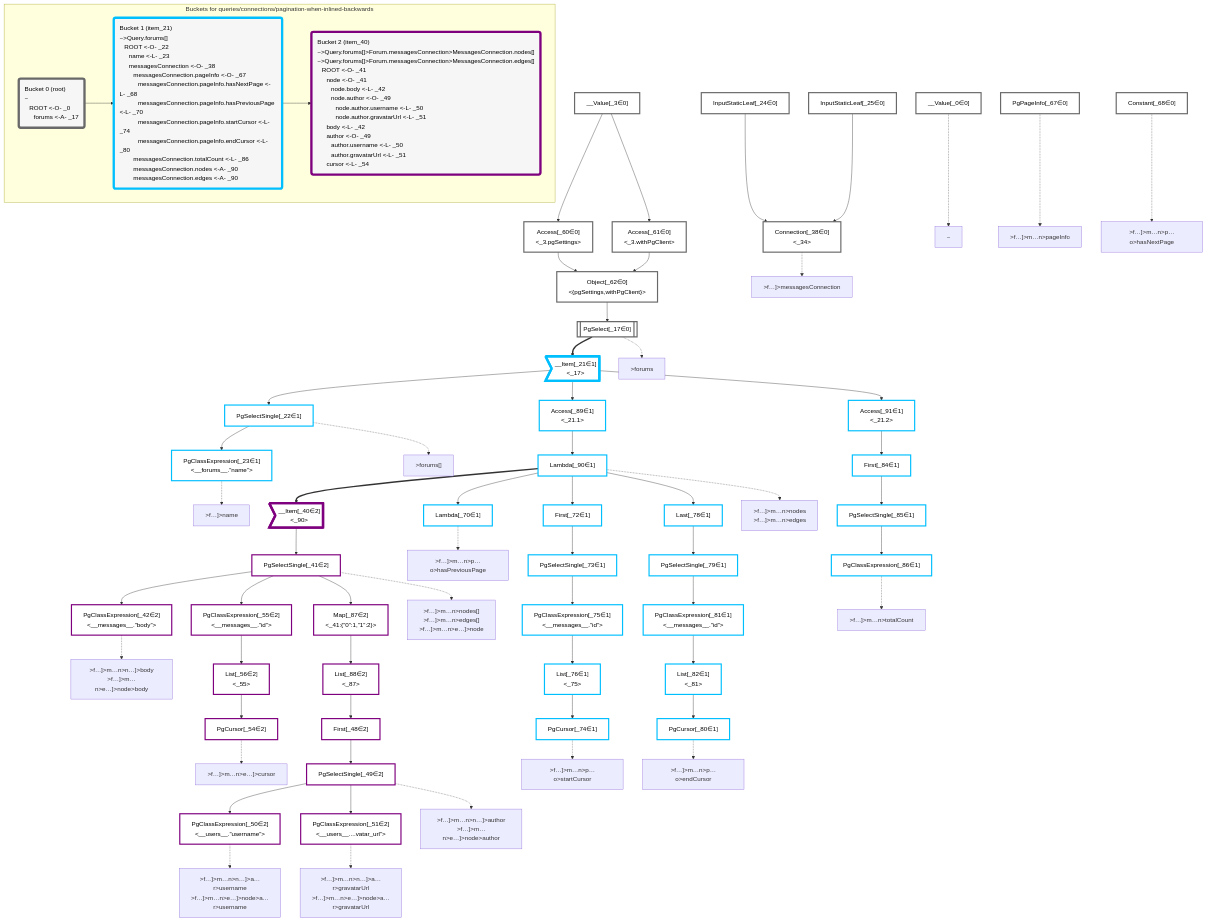
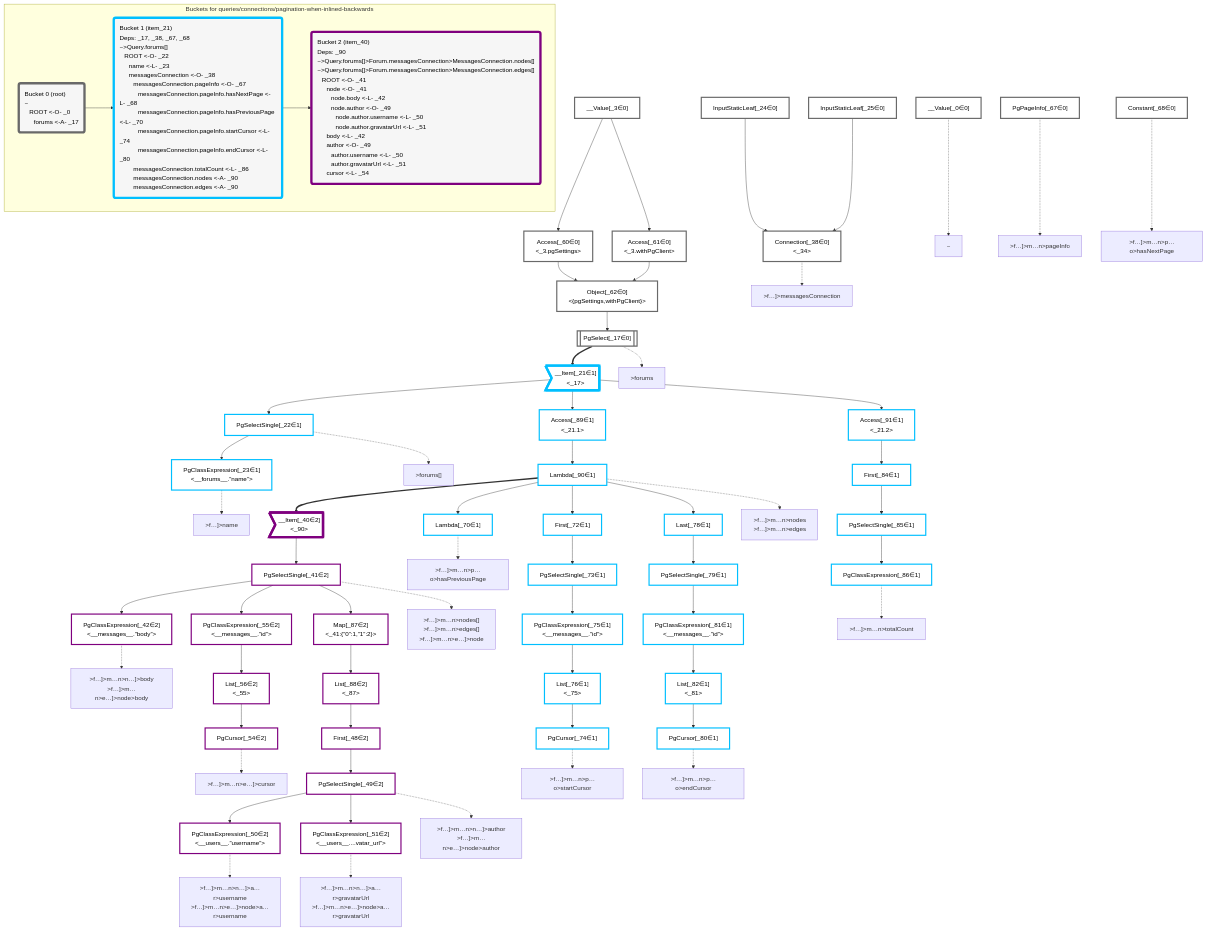
The diagram in packages/dataplan-pg/__tests__/queries/connections/pagination-when-inlined-backwards.mermaid.md (graphile/crystal), drawn with Mermaid before and after one commit. The commit also changed 2 other files, not shown here.

Commit message:
Copy outputMap deps to bucket; output deps on plan graph

```diff
--- a/packages/dataplan-pg/__tests__/queries/connections/pagination-when-inlined-backwards.mermaid.md
+++ b/packages/dataplan-pg/__tests__/queries/connections/pagination-when-inlined-backwards.mermaid.md
@@ -142,10 +142,10 @@
     subgraph "Buckets for queries/connections/pagination-when-inlined-backwards"
     Bucket0("Bucket 0 (root)<br />~<br />⠀ROOT <-O- _0<br />⠀⠀forums <-A- _17"):::bucket
     style Bucket0 stroke:#696969
-    Bucket1("Bucket 1 (item_21)<br />~>Query.forums[]<br />⠀ROOT <-O- _22<br />⠀⠀name <-L- _23<br />⠀⠀messagesConnection <-O- _38<br />⠀⠀⠀messagesConnection.pageInfo <-O- _67<br />⠀⠀⠀⠀messagesConnection.pageInfo.hasNextPage <-L- _68<br />⠀⠀⠀⠀messagesConnection.pageInfo.hasPreviousPage <-L- _70<br />⠀⠀⠀⠀messagesConnection.pageInfo.startCursor <-L- _74<br />⠀⠀⠀⠀messagesConnection.pageInfo.endCursor <-L- _80<br />⠀⠀⠀messagesConnection.totalCount <-L- _86<br />⠀⠀⠀messagesConnection.nodes <-A- _90<br />⠀⠀⠀messagesConnection.edges <-A- _90"):::bucket
+    Bucket1("Bucket 1 (item_21)<br />Deps: _17, _38, _67, _68<br />~>Query.forums[]<br />⠀ROOT <-O- _22<br />⠀⠀name <-L- _23<br />⠀⠀messagesConnection <-O- _38<br />⠀⠀⠀messagesConnection.pageInfo <-O- _67<br />⠀⠀⠀⠀messagesConnection.pageInfo.hasNextPage <-L- _68<br />⠀⠀⠀⠀messagesConnection.pageInfo.hasPreviousPage <-L- _70<br />⠀⠀⠀⠀messagesConnection.pageInfo.startCursor <-L- _74<br />⠀⠀⠀⠀messagesConnection.pageInfo.endCursor <-L- _80<br />⠀⠀⠀messagesConnection.totalCount <-L- _86<br />⠀⠀⠀messagesConnection.nodes <-A- _90<br />⠀⠀⠀messagesConnection.edges <-A- _90"):::bucket
     style Bucket1 stroke:#00bfff
     Bucket0 --> Bucket1
-    Bucket2("Bucket 2 (item_40)<br />~>Query.forums[]>Forum.messagesConnection>MessagesConnection.nodes[]<br />~>Query.forums[]>Forum.messagesConnection>MessagesConnection.edges[]<br />⠀ROOT <-O- _41<br />⠀⠀node <-O- _41<br />⠀⠀⠀node.body <-L- _42<br />⠀⠀⠀node.author <-O- _49<br />⠀⠀⠀⠀node.author.username <-L- _50<br />⠀⠀⠀⠀node.author.gravatarUrl <-L- _51<br />⠀⠀body <-L- _42<br />⠀⠀author <-O- _49<br />⠀⠀⠀author.username <-L- _50<br />⠀⠀⠀author.gravatarUrl <-L- _51<br />⠀⠀cursor <-L- _54"):::bucket
+    Bucket2("Bucket 2 (item_40)<br />Deps: _90<br />~>Query.forums[]>Forum.messagesConnection>MessagesConnection.nodes[]<br />~>Query.forums[]>Forum.messagesConnection>MessagesConnection.edges[]<br />⠀ROOT <-O- _41<br />⠀⠀node <-O- _41<br />⠀⠀⠀node.body <-L- _42<br />⠀⠀⠀node.author <-O- _49<br />⠀⠀⠀⠀node.author.username <-L- _50<br />⠀⠀⠀⠀node.author.gravatarUrl <-L- _51<br />⠀⠀body <-L- _42<br />⠀⠀author <-O- _49<br />⠀⠀⠀author.username <-L- _50<br />⠀⠀⠀author.gravatarUrl <-L- _51<br />⠀⠀cursor <-L- _54"):::bucket
     style Bucket2 stroke:#7f007f
     Bucket1 --> Bucket2
     end
```
